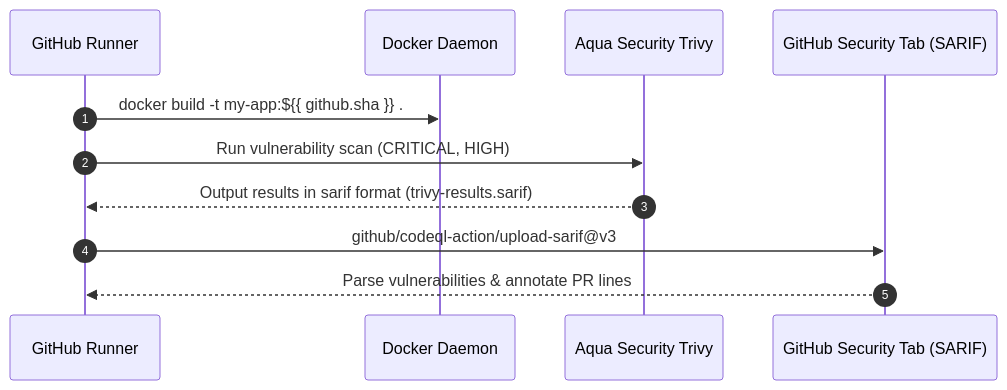
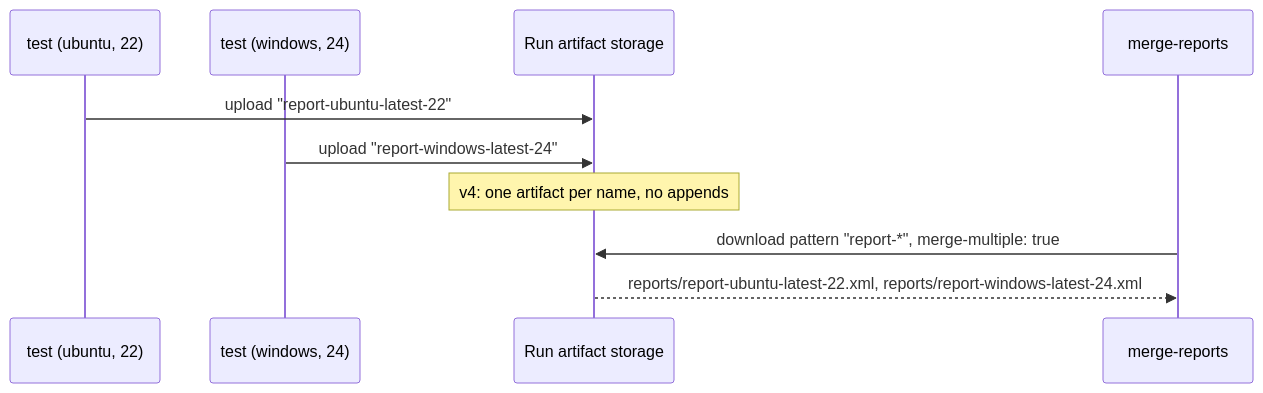
Diagram 19 of 27 in README.md (TheLearningHubOrg/learn-github-actions), drawn with Mermaid before and after one commit. The commit also changed other lines of this file and 39 other files, not shown here.

````diff
--- a/README.md
+++ b/README.md
@@ -605,14 +1689,12 @@
 ```mermaid
 sequenceDiagram
-    autonumber
-    participant CI as GitHub Runner
-    participant Docker as Docker Daemon
-    participant Trivy as Aqua Security Trivy
-    participant Sec as GitHub Security Tab (SARIF)
-
-    CI->>Docker: docker build -t my-app:${{ github.sha }} .
-    CI->>Trivy: Run vulnerability scan (CRITICAL, HIGH)
-    Trivy-->>CI: Output results in sarif format (trivy-results.sarif)
-    CI->>Sec: github/codeql-action/upload-sarif@v3
-    Sec-->>CI: Parse vulnerabilities & annotate PR lines
+    participant T1 as test (ubuntu, 22)
+    participant T2 as test (windows, 24)
+    participant Store as Run artifact storage
+    participant M as merge-reports
+    T1->>Store: upload "report-ubuntu-latest-22"
+    T2->>Store: upload "report-windows-latest-24"
+    Note over Store: v4: one artifact per name, no appends
+    M->>Store: download pattern "report-*", merge-multiple: true
+    Store-->>M: reports/report-ubuntu-latest-22.xml, reports/report-windows-latest-24.xml
 ```
````
